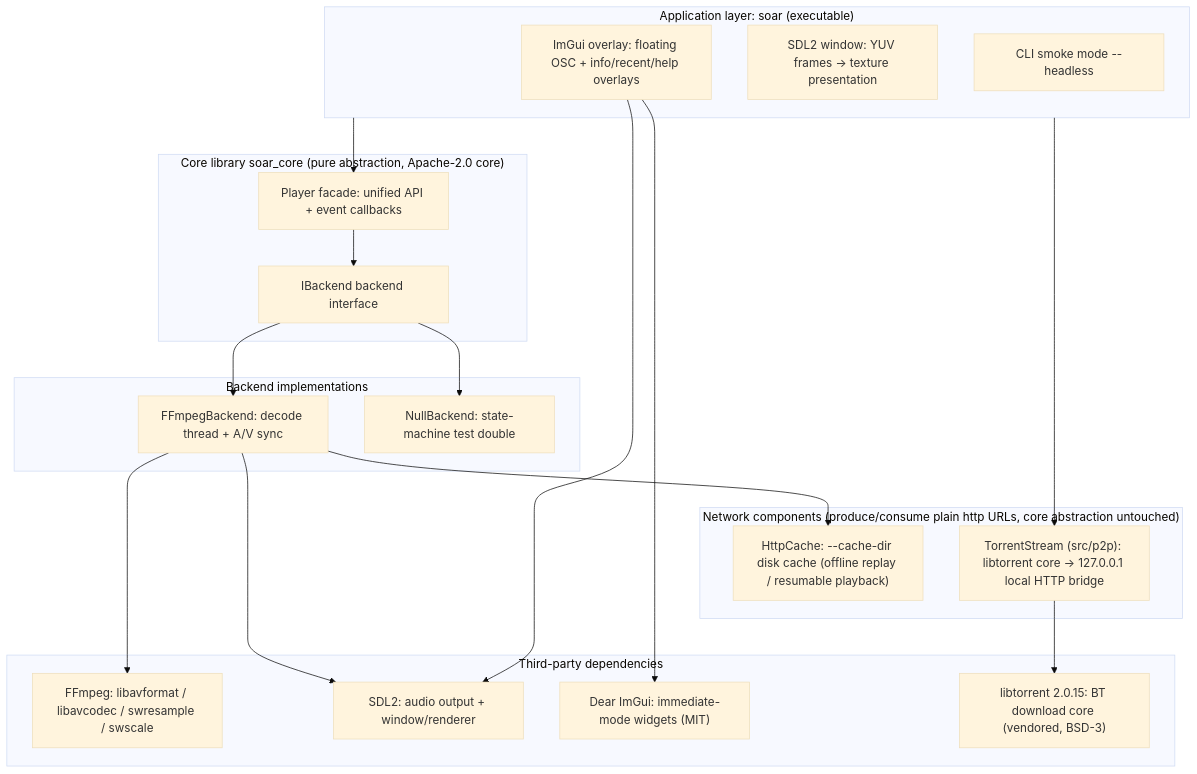
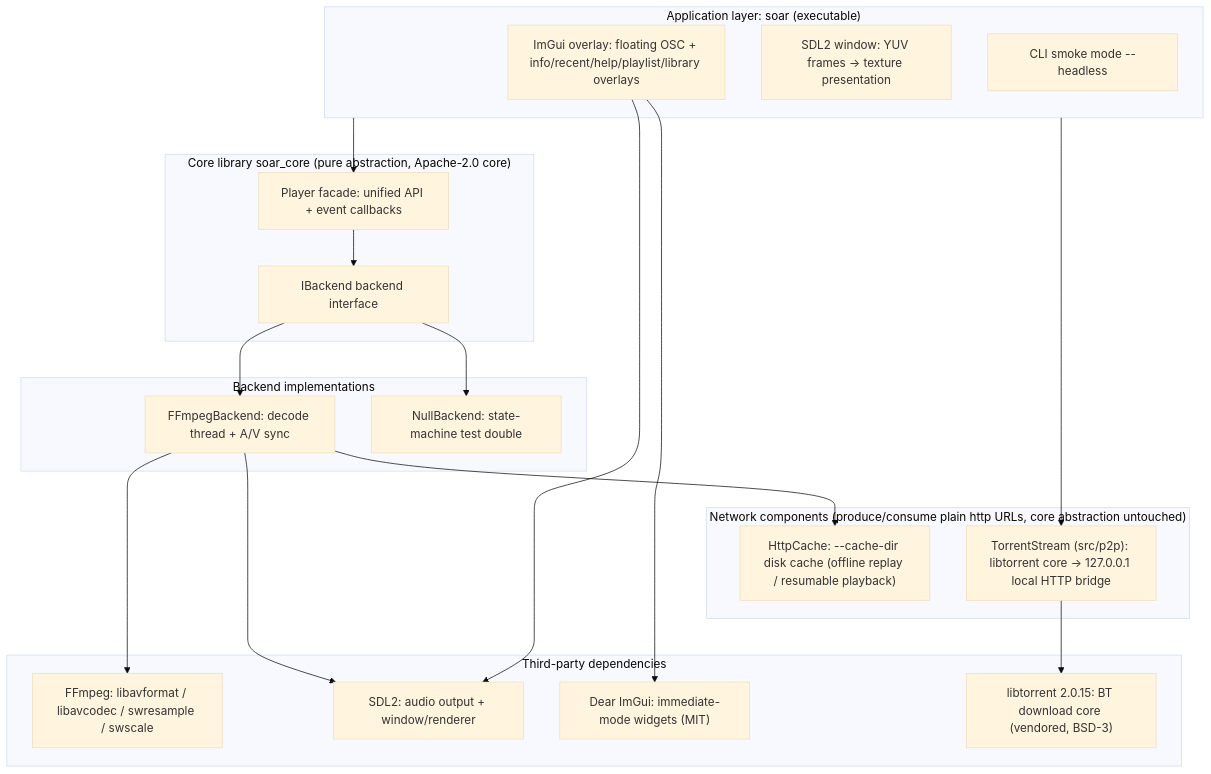
Before and after one commit to cuihairu/soar: the diagram in README.md, drawn with Mermaid (base theme). The commit also changed other lines of this file and 1 other file, not shown here.

Commit message:
docs: reflect the media library and hwdec slices in the readme

````diff
--- a/README.md
+++ b/README.md
@@ -55,41 +56,41 @@
 ```mermaid
 flowchart TB
     subgraph APP["Application layer: soar (executable)"]
-        UI["ImGui overlay: floating OSC + info/recent/help overlays"]
+        UI["ImGui overlay: floating OSC + info/recent/help/playlist/library overlays"]
         WIN["SDL2 window: YUV frames → texture presentation"]
         HEADLESS["CLI smoke mode --headless"]
     end
 
     subgraph CORE["Core library soar_core (pure abstraction, Apache-2.0 core)"]
         PLAYER["Player facade: unified API + event callbacks"]
         IBACKEND["IBackend backend interface"]
     end
 
     subgraph BACKENDS["Backend implementations"]
         FFB["FFmpegBackend: decode thread + A/V sync"]
         NULLB["NullBackend: state-machine test double"]
     end
 
     subgraph NET["Network components (produce/consume plain http URLs, core abstraction untouched)"]
         CACHE["HttpCache: --cache-dir disk cache (offline replay / resumable playback)"]
         P2P["TorrentStream (src/p2p): libtorrent core → 127.0.0.1 local HTTP bridge"]
     end
 
     subgraph LIBS["Third-party dependencies"]
         FFMPEG["FFmpeg: libavformat / libavcodec / swresample / swscale"]
         SDL2AUDIO["SDL2: audio output + window/renderer"]
         IMGUI["Dear ImGui: immediate-mode widgets (MIT)"]
         LIBTORRENT["libtorrent 2.0.15: BT download core (vendored, BSD-3)"]
     end
 
     APP --> PLAYER --> IBACKEND
     IBACKEND --> FFB
     IBACKEND --> NULLB
     APP --> P2P
     P2P --> LIBTORRENT
     FFB --> CACHE
     FFB --> FFMPEG
     FFB --> SDL2AUDIO
     UI --> IMGUI
     UI --> SDL2AUDIO
 ```
````
